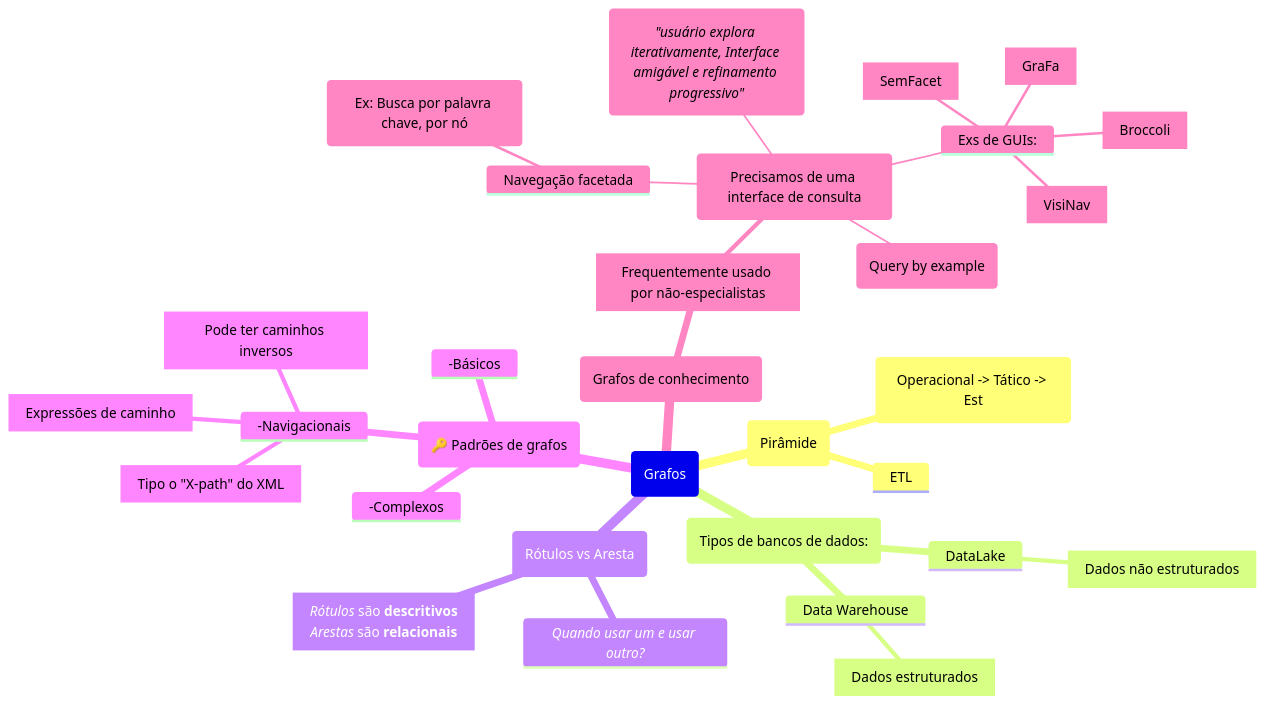
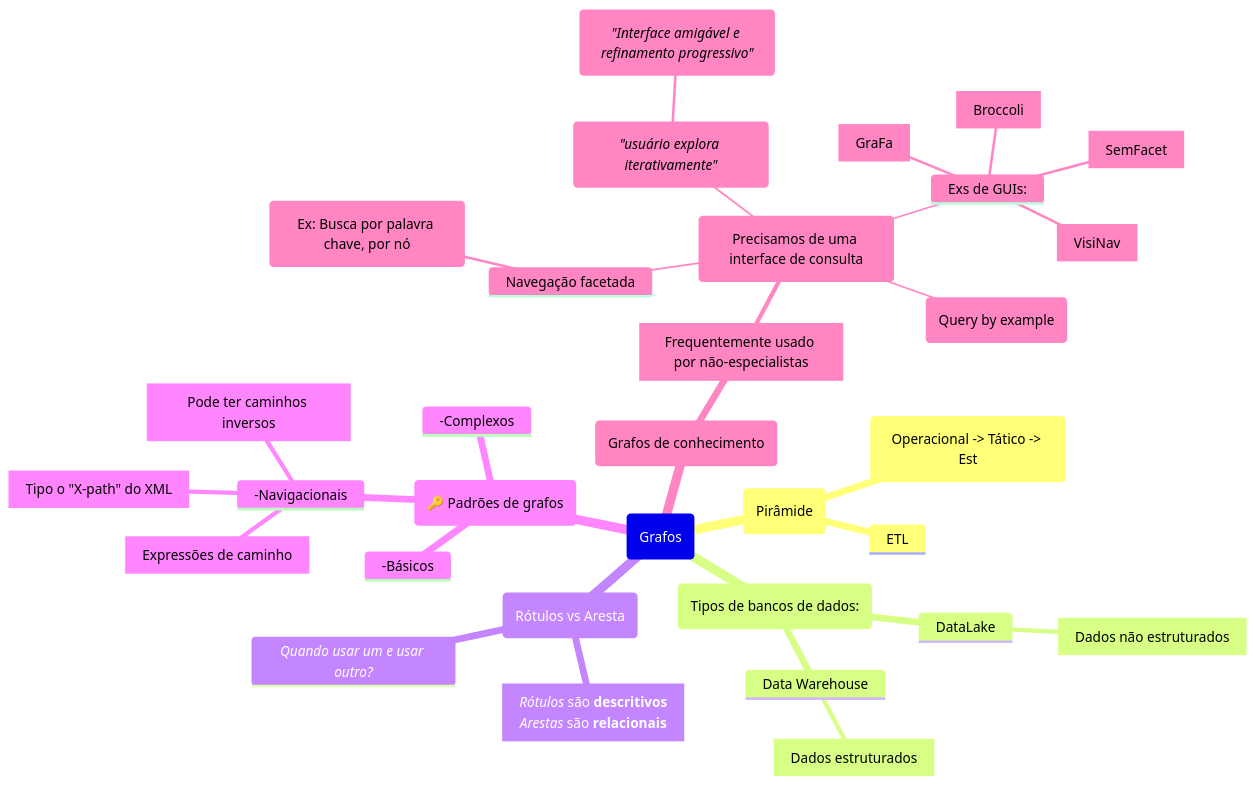
One commit to Igorino/joplin-notes changed the diagram in Mestrado/Segundo Semestre/SIN5033 - Grafos de conhecimento e Ontologias/Anotações/De Aulas/Aula do dia 2026 04 08.md. Above: the diagram before and after it, drawn with Mermaid.

Commit message:
Exported on 2026-04-08_16-12-51

````diff
--- a/Mestrado/Segundo Semestre/SIN5033 - Grafos de conhecimento e Ontologias/Anotações/De Aulas/Aula do dia 2026 04 08.md
+++ b/Mestrado/Segundo Semestre/SIN5033 - Grafos de conhecimento e Ontologias/Anotações/De Aulas/Aula do dia 2026 04 08.md
@@ -1,42 +1,43 @@
 ```mermaid
 mindmap
 	Root(Grafos)
 		(Pirâmide)
 			("Operacional -> Tático -> Est")
 			ETL
 
 		(Tipos de bancos de dados:)		
 			DataLake
 				[Dados não estruturados]
 			Data Warehouse
 				[Dados estruturados]
 
 		(Rótulos vs Aresta)
 			*Quando usar um e usar outro?*
 			[*Rótulos* são **descritivos**
 			*Arestas* são **relacionais**]
 
 		(🔑 Padrões de grafos)
 			-Básicos
 			-Complexos
 			-Navigacionais
 				[Tipo o "X-path" do XML]
 				["Expressões de caminho"]
 				[Pode ter caminhos inversos]
 
 		(Grafos de conhecimento)
 			[Frequentemente usado por não-especialistas]
 				(Precisamos de uma interface de consulta)
 					Navegação facetada
 						(Ex: Busca por palavra chave, por nó)
-					(*"usuário explora iterativamente, Interface amigável e refinamento progressivo"*)
+					(*"usuário explora iterativamente"*) 
+						(*"Interface amigável e refinamento progressivo"*)
 					("Query by example")
 					Exs de GUIs:
 						[Broccoli]
 						[VisiNav]
 						[SemFacet]
 						[GraFa]
 
 
 			
 ```
````
